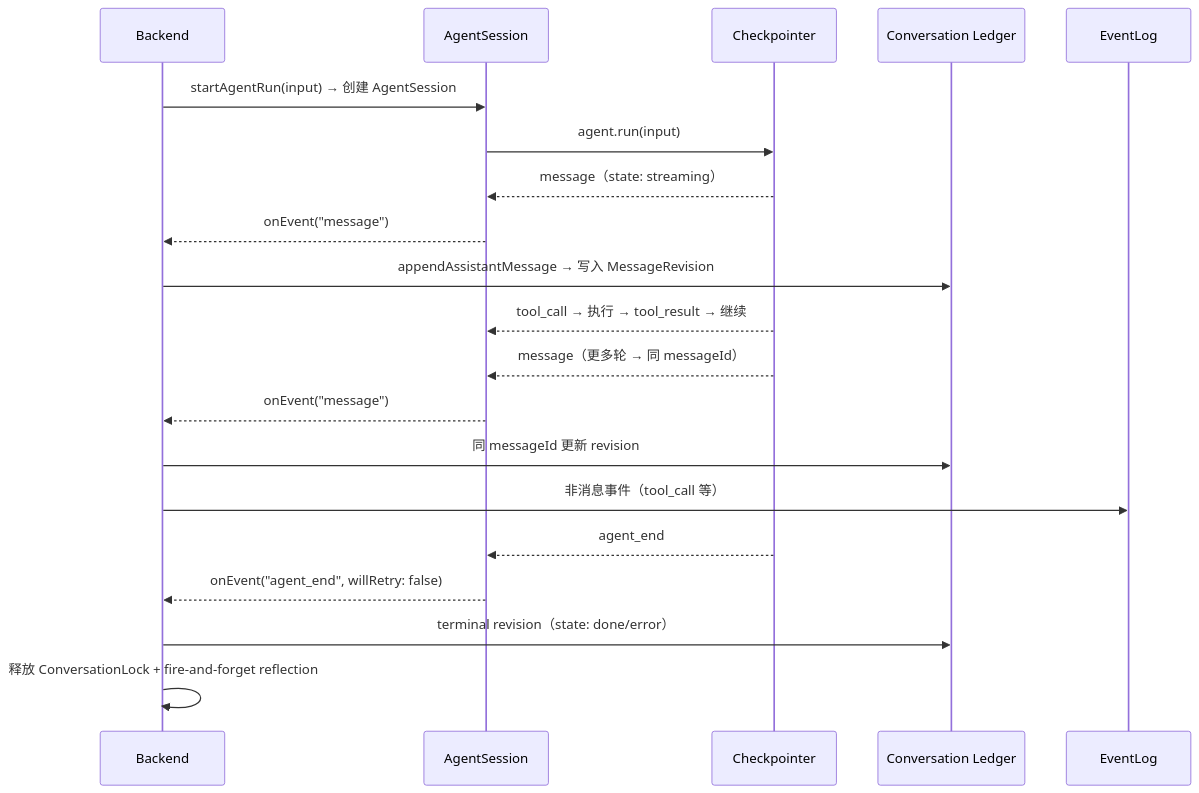
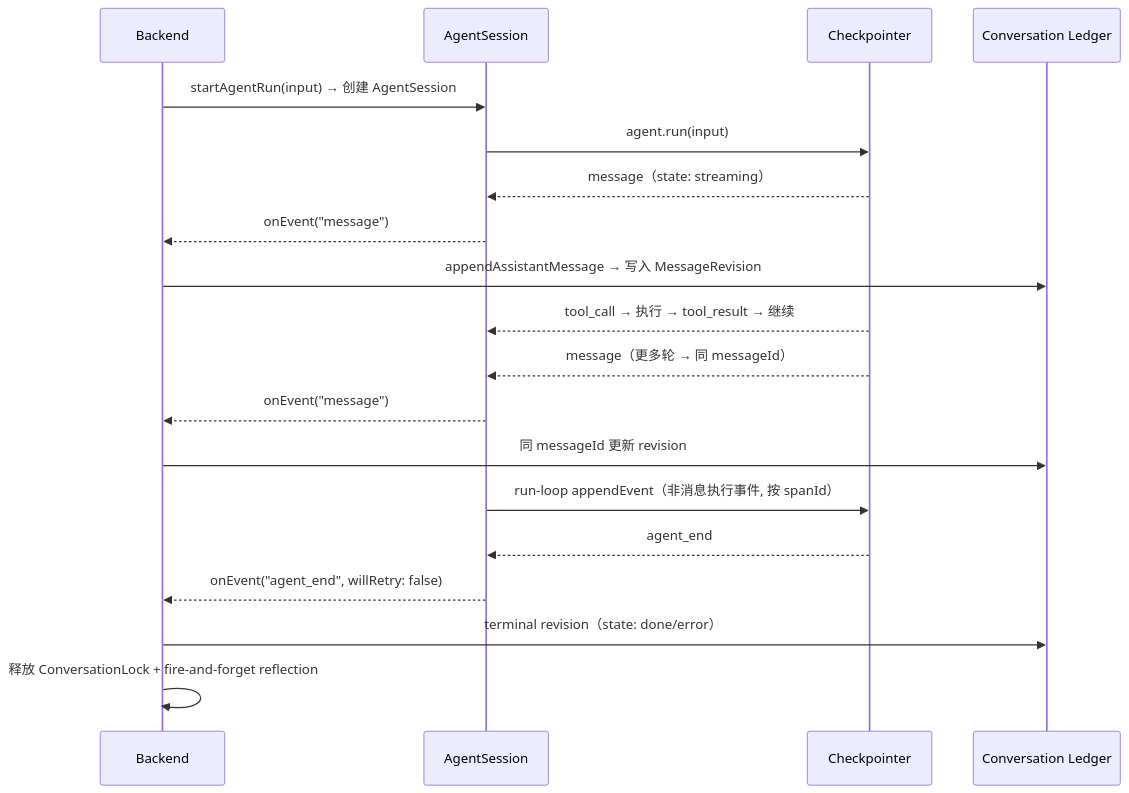
Before and after one commit to Chengchcc/my-agent-team: the diagram in docs/architecture/foundations/lifecycle-overview.md, drawn with Mermaid. The commit also changed other lines of this file and 27 other files, not shown here.

First line of the commit message:
docs(docs): full architecture doc update — EventLog deprecated, threadId unified

````diff
--- a/docs/architecture/foundations/lifecycle-overview.md
+++ b/docs/architecture/foundations/lifecycle-overview.md
@@ -22,23 +22,22 @@
 ```mermaid
 sequenceDiagram
   participant B as Backend
   participant AS as AgentSession
   participant CK as Checkpointer
   participant L as Conversation Ledger
-  participant E as EventLog
 
   B->>AS: startAgentRun(input) → 创建 AgentSession
   AS->>CK: agent.run(input)
   CK-->>AS: message（state: streaming）
   AS-->>B: onEvent("message")
   B->>L: appendAssistantMessage → 写入 MessageRevision
   CK-->>AS: tool_call → 执行 → tool_result → 继续
   CK-->>AS: message（更多轮 → 同 messageId）
   AS-->>B: onEvent("message")
   B->>L: 同 messageId 更新 revision
-  B->>E: 非消息事件（tool_call 等）
+  AS->>CK: run-loop appendEvent（非消息执行事件, 按 spanId）
   CK-->>AS: agent_end
   AS-->>B: onEvent("agent_end", willRetry: false)
   B->>L: terminal revision（state: done/error）
   B->>B: 释放 ConversationLock + fire-and-forget reflection
 ```
````
